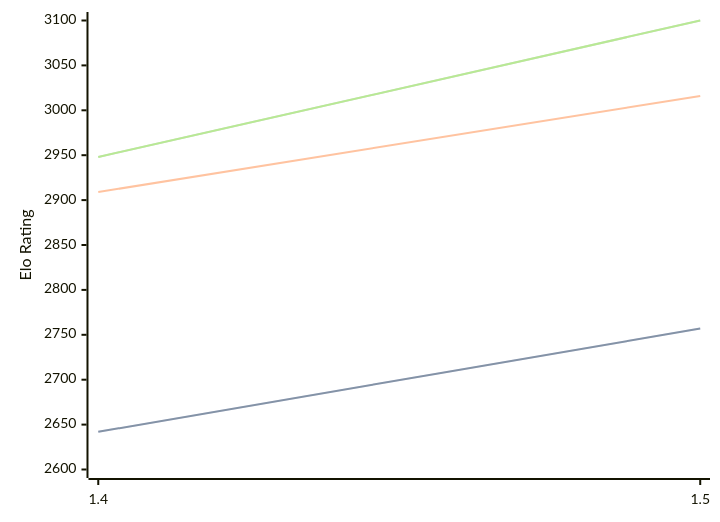
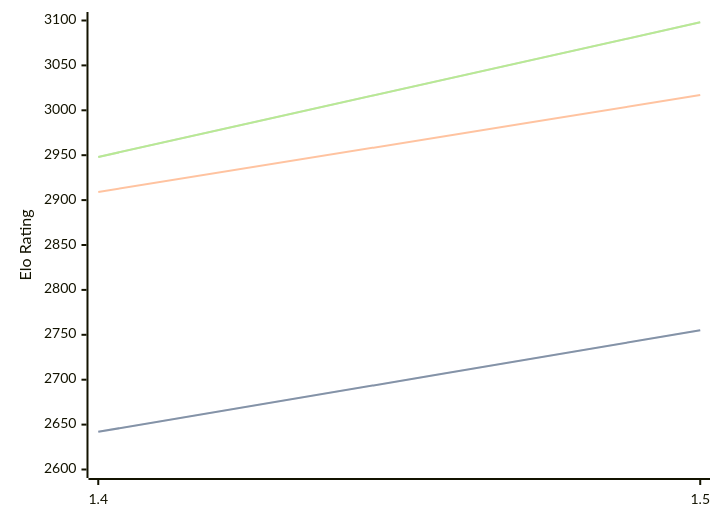
The diagram in engines/Yakka.md (computer-chess-index/cci), drawn with Mermaid before and after one commit. The commit also changed other lines of this file, not shown here.

Commit message:
Update CCI Ratings (ELO VLTC) - 2026-07-31

````diff
--- a/engines/Yakka.md
+++ b/engines/Yakka.md
@@ -36,11 +36,11 @@
 ```mermaid
 %%{init: {"theme":"base","themeVariables":{"seriesColors:['#a3a3a3','#222221','#faa371']}}}%%
 xychart-beta
   x-axis ["1.4", "1.5"]
   y-axis "Elo Rating" 2600 --> 3100
-  line "STC (8.0+0.08s)" [2642, 2757]
-  line "STC (8.0+0.08s)" [2642, 2757]
-  line "LTC (60.0+0.60s)" [2909, 3016]
-  line "VLTC (2m24s+1.12s)" [2948, 3100]
-  line "VLTC (2m24s+1.12s)" [2948, 3100]
+  line "STC (8.0+0.08s)" [2642, 2755]
+  line "STC (8.0+0.08s)" [2642, 2755]
+  line "LTC (60.0+0.60s)" [2909, 3017]
+  line "VLTC (2m24s+1.12s)" [2948, 3098]
+  line "VLTC (2m24s+1.12s)" [2948, 3098]
 ```
````
